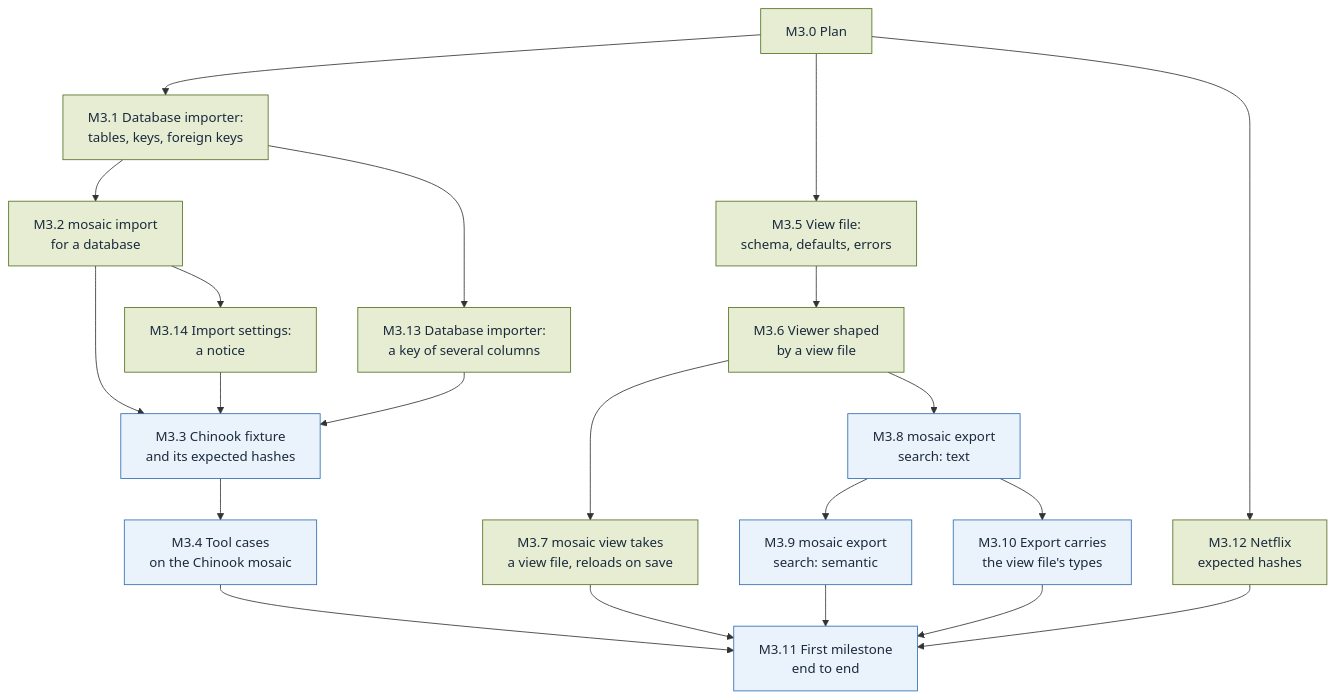
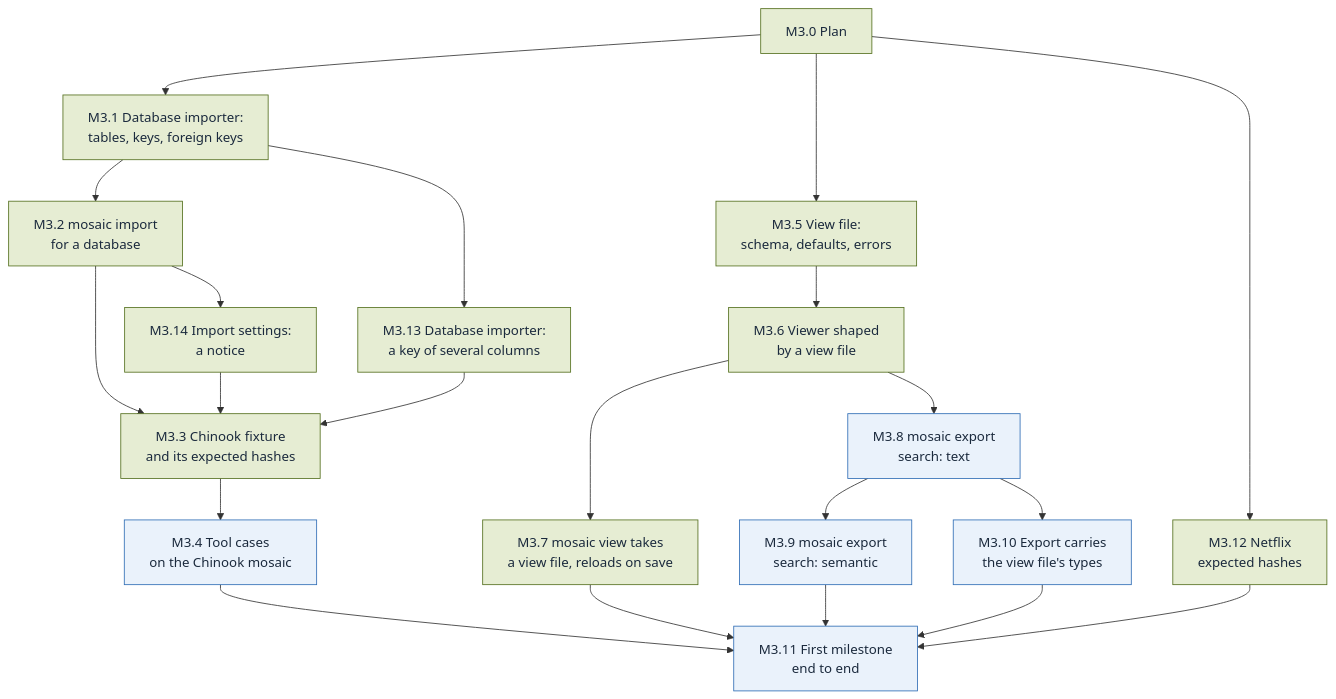
Before and after one commit to alcjor/Mosaic: the diagram in plan/M3.md, drawn with Mermaid. The commit also changed other lines of this file, not shown here.

First line of the commit message:
M3.3 plan: M3.3 done (#125)

````diff
--- a/plan/M3.md
+++ b/plan/M3.md
@@ -3,74 +3,74 @@
 ```mermaid
 flowchart TD
   classDef done fill:#E6EDD3,stroke:#55701F,color:#1B2A3D
   classDef todo fill:#EAF2FB,stroke:#2F6DB5,color:#1B2A3D
   classDef parked fill:#FCEFCF,stroke:#F2B630,color:#1B2A3D
   %% One block per slice: its node, then its status (done, todo or parked).
   %% Blank lines keep each status line apart, so two PRs marking two slices merge cleanly.
 
   M3_0["M3.0 Plan"]
   class M3_0 done
 
   M3_1["M3.1 Database importer:<br/>tables, keys, foreign keys"]
   class M3_1 done
 
   M3_2["M3.2 mosaic import<br/>for a database"]
   class M3_2 done
 
   M3_3["M3.3 Chinook fixture<br/>and its expected hashes"]
-  class M3_3 todo
+  class M3_3 done
 
   M3_4["M3.4 Tool cases<br/>on the Chinook mosaic"]
   class M3_4 todo
 
   M3_5["M3.5 View file:<br/>schema, defaults, errors"]
   class M3_5 done
 
   M3_6["M3.6 Viewer shaped<br/>by a view file"]
   class M3_6 done
 
   M3_7["M3.7 mosaic view takes<br/>a view file, reloads on save"]
   class M3_7 done
 
   M3_8["M3.8 mosaic export<br/>search: text"]
   class M3_8 todo
 
   M3_9["M3.9 mosaic export<br/>search: semantic"]
   class M3_9 todo
 
   M3_10["M3.10 Export carries<br/>the view file's types"]
   class M3_10 todo
 
   M3_11["M3.11 First milestone<br/>end to end"]
   class M3_11 todo
 
   M3_12["M3.12 Netflix<br/>expected hashes"]
   class M3_12 done
 
   M3_13["M3.13 Database importer:<br/>a key of several columns"]
   class M3_13 done
 
   M3_14["M3.14 Import settings:<br/>a notice"]
   class M3_14 done
 
   M3_0 --> M3_1
   M3_1 --> M3_2
   M3_2 --> M3_3
   M3_3 --> M3_4
   M3_0 --> M3_5
   M3_5 --> M3_6
   M3_6 --> M3_7
   M3_6 --> M3_8
   M3_8 --> M3_9
   M3_8 --> M3_10
   M3_4 --> M3_11
   M3_7 --> M3_11
   M3_9 --> M3_11
   M3_10 --> M3_11
   M3_0 --> M3_12
   M3_12 --> M3_11
   M3_1 --> M3_13
   M3_13 --> M3_3
   M3_2 --> M3_14
   M3_14 --> M3_3
 ```
````
